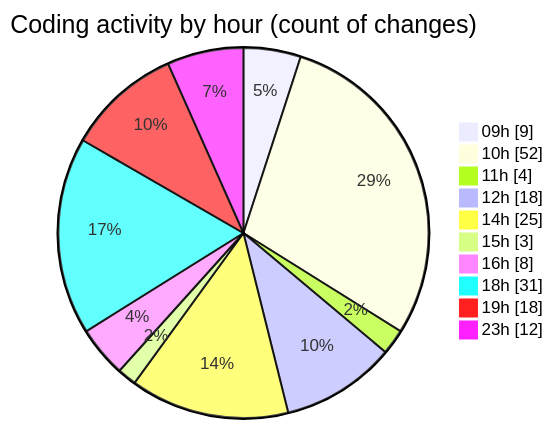
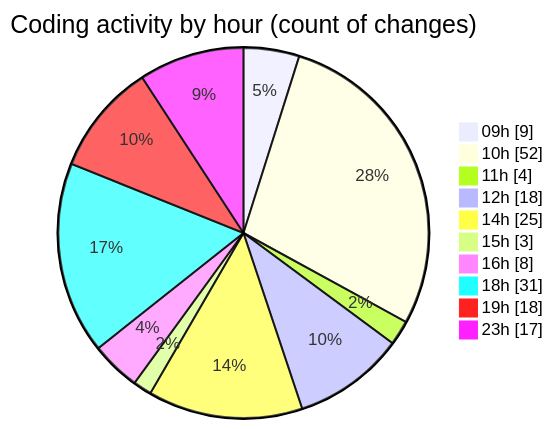
One commit to momahboobian/code-tracking changed the second of 2 diagrams in 2026-09-01/cda/README.md. Above: the diagram before and after it, drawn with Mermaid. The commit also changed other lines of this file and 1 other file, not shown here.

````diff
--- a/2026-09-01/cda/README.md
+++ b/2026-09-01/cda/README.md
@@ -93,14 +94,14 @@
 ```mermaid
 pie showData
 title Coding activity by hour (count of changes)
 "09h" : 9
 "10h" : 52
 "11h" : 4
 "12h" : 18
 "14h" : 25
 "15h" : 3
 "16h" : 8
 "18h" : 31
 "19h" : 18
-"23h" : 12
+"23h" : 17
 ```
````
